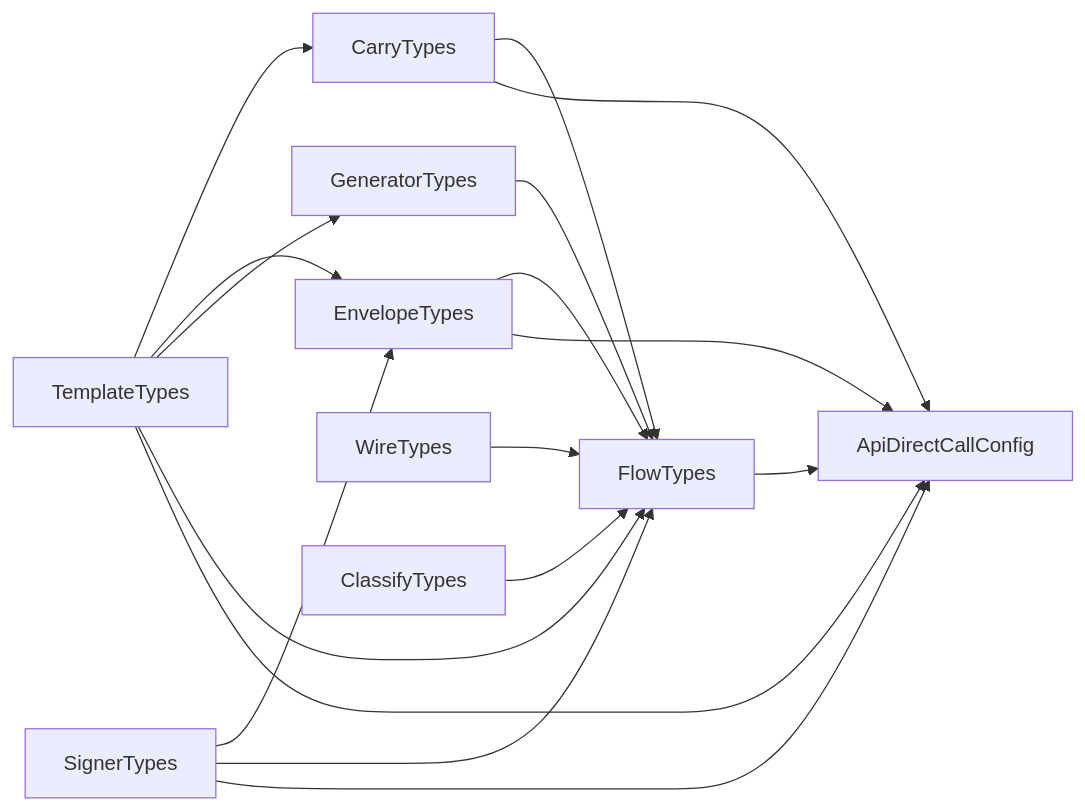
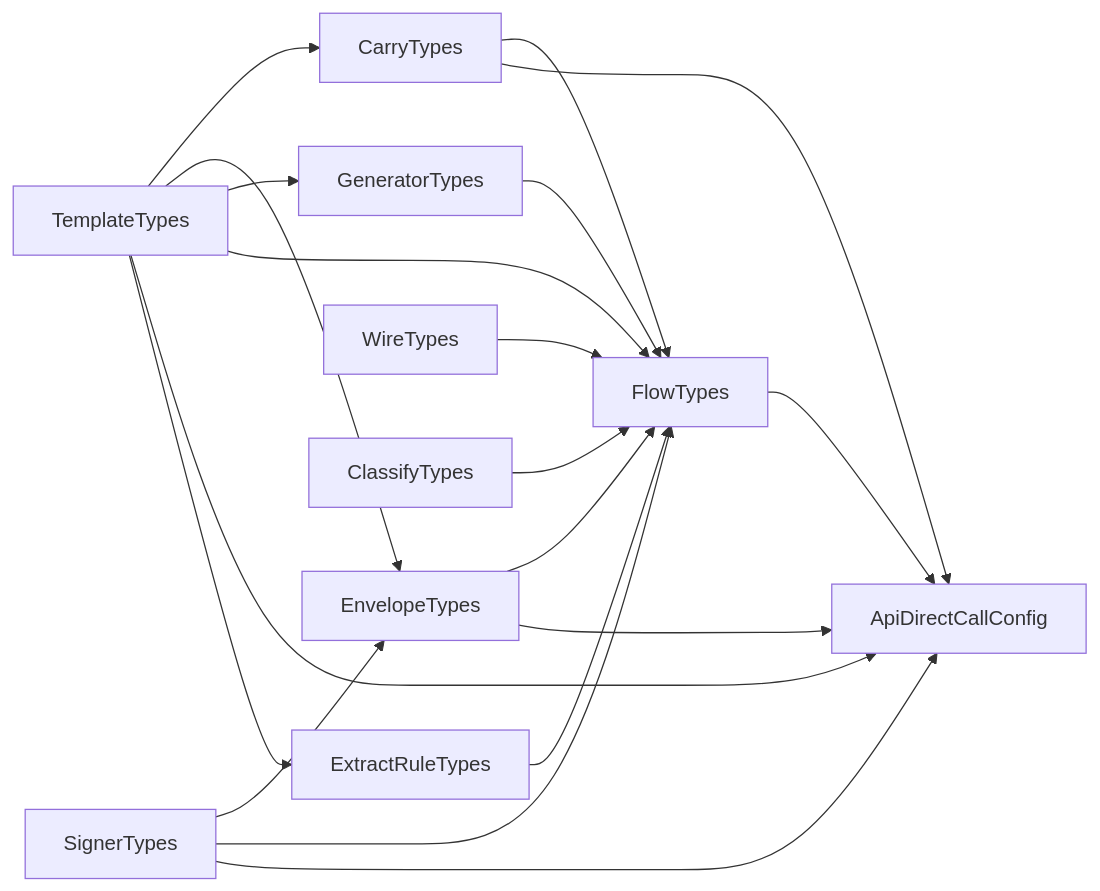
The diagram in docs/architecture/config-contracts.md (sergienko4/israeli-bank-scrapers), drawn with Mermaid before and after one commit. The commit also changed other lines of this file and 7 other files, not shown here.

First line of the commit message:
feat(api-direct): extract rule equalsRef

````diff
--- a/docs/architecture/config-contracts.md
+++ b/docs/architecture/config-contracts.md
@@ -33,28 +34,31 @@
 ```mermaid
 flowchart LR
     T[TemplateTypes]
     S[SignerTypes]
     C[CarryTypes]
     E[EnvelopeTypes]
     G[GeneratorTypes]
     W[WireTypes]
     K[ClassifyTypes]
+    X[ExtractRuleTypes]
     F[FlowTypes]
     A[ApiDirectCallConfig]
     T --> C
     T --> E
     T --> G
     T --> F
     T --> A
     S --> E
     S --> F
     S --> A
     C --> F
     C --> A
     E --> F
     E --> A
+    T --> X
     G --> F
+    X --> F
     W --> F
     K --> F
     F --> A
 ```
````
